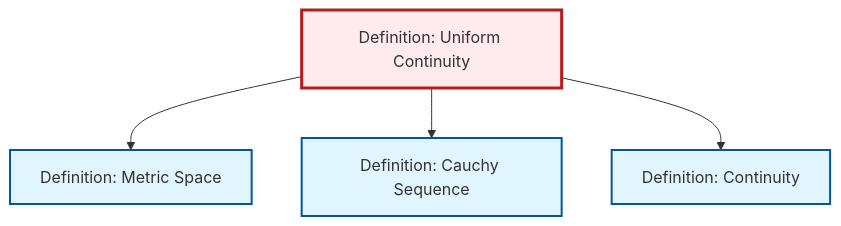
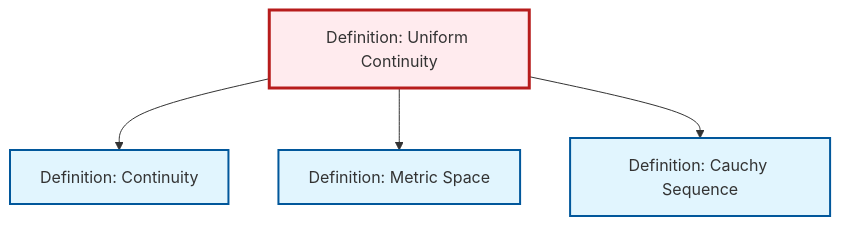
The diagram in content/ja/analysis/def-uniform-continuity.qmd (RK0429/ModernMath), drawn with Mermaid before and after one commit. The commit also changed other lines of this file and 619 other files, not shown here.

````diff
--- a/content/ja/analysis/def-uniform-continuity.qmd
+++ b/content/ja/analysis/def-uniform-continuity.qmd
@@ -70,20 +70,20 @@
 ```{mermaid}
 %%| fig-cap: "Local dependency graph"
 graph TD
     classDef definition fill:#e1f5fe,stroke:#01579b,stroke-width:2px
     classDef theorem fill:#f3e5f5,stroke:#4a148c,stroke-width:2px
     classDef axiom fill:#fff3e0,stroke:#e65100,stroke-width:2px
     classDef example fill:#e8f5e9,stroke:#1b5e20,stroke-width:2px
     classDef current fill:#ffebee,stroke:#b71c1c,stroke-width:3px
+    def-uniform-continuity["Definition: Uniform Continuity"]:::definition
+    def-cauchy-sequence["Definition: Cauchy Sequence"]:::definition
+    def-continuity["Definition: Continuity"]:::definition
     def-metric-space["Definition: Metric Space"]:::definition
-    def-cauchy-sequence["Definition: Cauchy Sequence"]:::definition
-    def-uniform-continuity["Definition: Uniform Continuity"]:::definition
-    def-continuity["Definition: Continuity"]:::definition
+    def-uniform-continuity --> def-continuity
     def-uniform-continuity --> def-metric-space
     def-uniform-continuity --> def-cauchy-sequence
-    def-uniform-continuity --> def-continuity
     class def-uniform-continuity current
-    click def-metric-space "def-metric-space.html" "Definition: Metric Spaceへ"
     click def-cauchy-sequence "def-cauchy-sequence.html" "Definition: Cauchy Sequenceへ"
     click def-continuity "def-continuity.html" "Definition: Continuityへ"
+    click def-metric-space "def-metric-space.html" "Definition: Metric Spaceへ"
 ```
````
